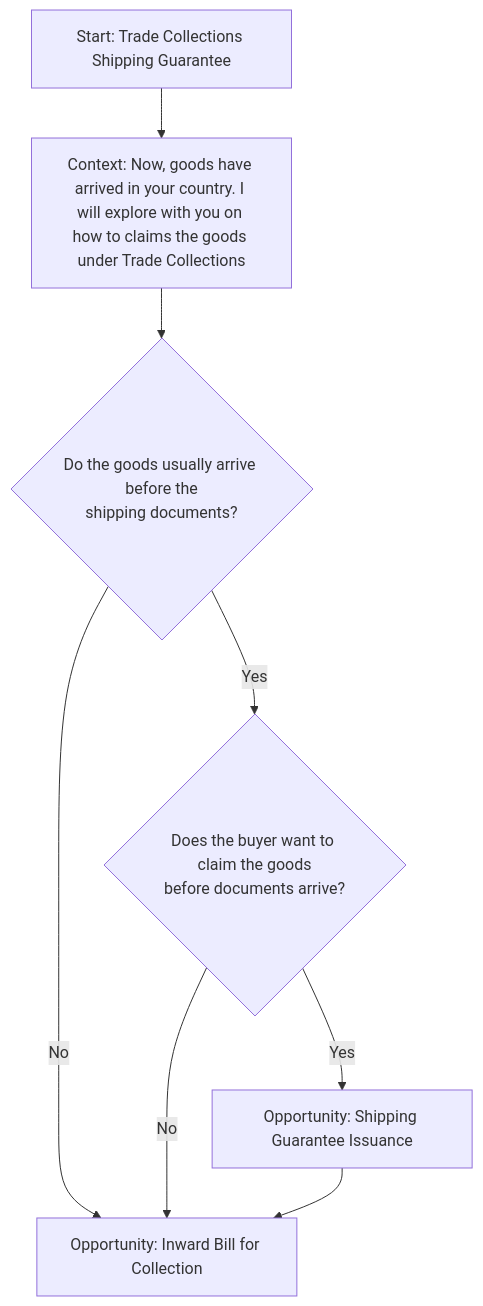
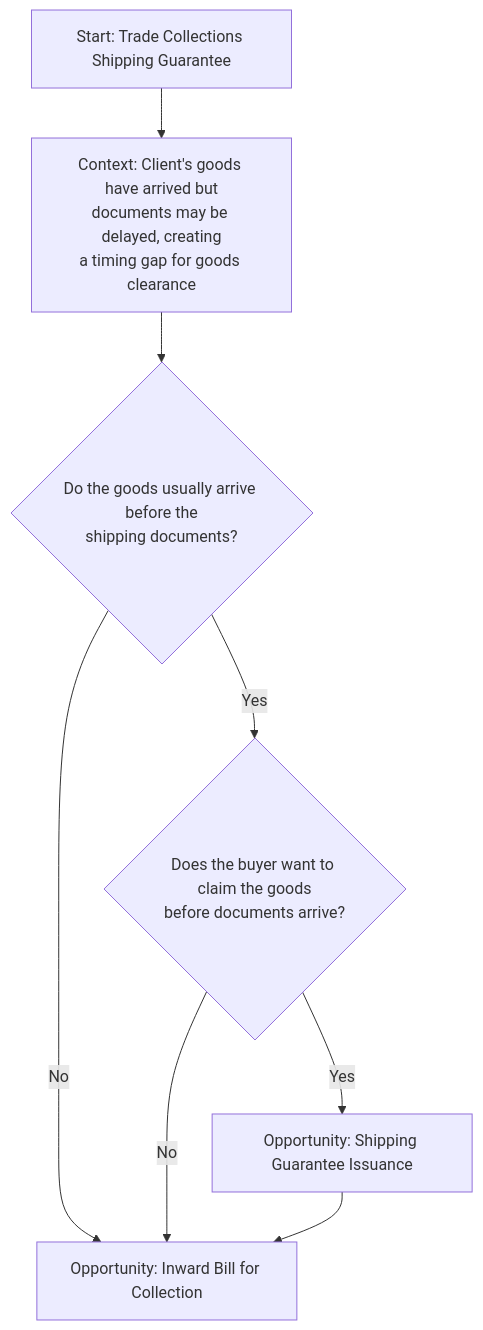
One commit to sage-develop/why changed the diagram in tvc_decision_trees/collection_decision_trees/shipping_guarantee_tree.md. Above: the diagram before and after it, drawn with Mermaid. The commit also changed 3 other files, not shown here.

Commit message:
in the questions use the client instead of you

````diff
--- a/tvc_decision_trees/collection_decision_trees/shipping_guarantee_tree.md
+++ b/tvc_decision_trees/collection_decision_trees/shipping_guarantee_tree.md
@@ -10,11 +10,11 @@
 ```mermaid
 %% Trade Collections Shipping Guarantee
 flowchart TD
-    Start[Start: Trade Collections Shipping Guarantee] --> A[Context: Now, goods have arrived in your country. I will explore with you on how to claims the goods under Trade Collections]
+    Start[Start: Trade Collections Shipping Guarantee] --> A[Context: Client's goods have arrived but<br>documents may be delayed, creating<br>a timing gap for goods clearance]
     A --> B{"Do the goods usually arrive before the<br>shipping documents?"}
     B -- No --> C["Opportunity: Inward Bill for Collection"]
     B -- Yes --> D{"Does the buyer want to claim the goods<br>before documents arrive?"}
     D -- Yes --> E["Opportunity: Shipping Guarantee Issuance"]
     D -- No --> C
     E --> C
 ```
````
